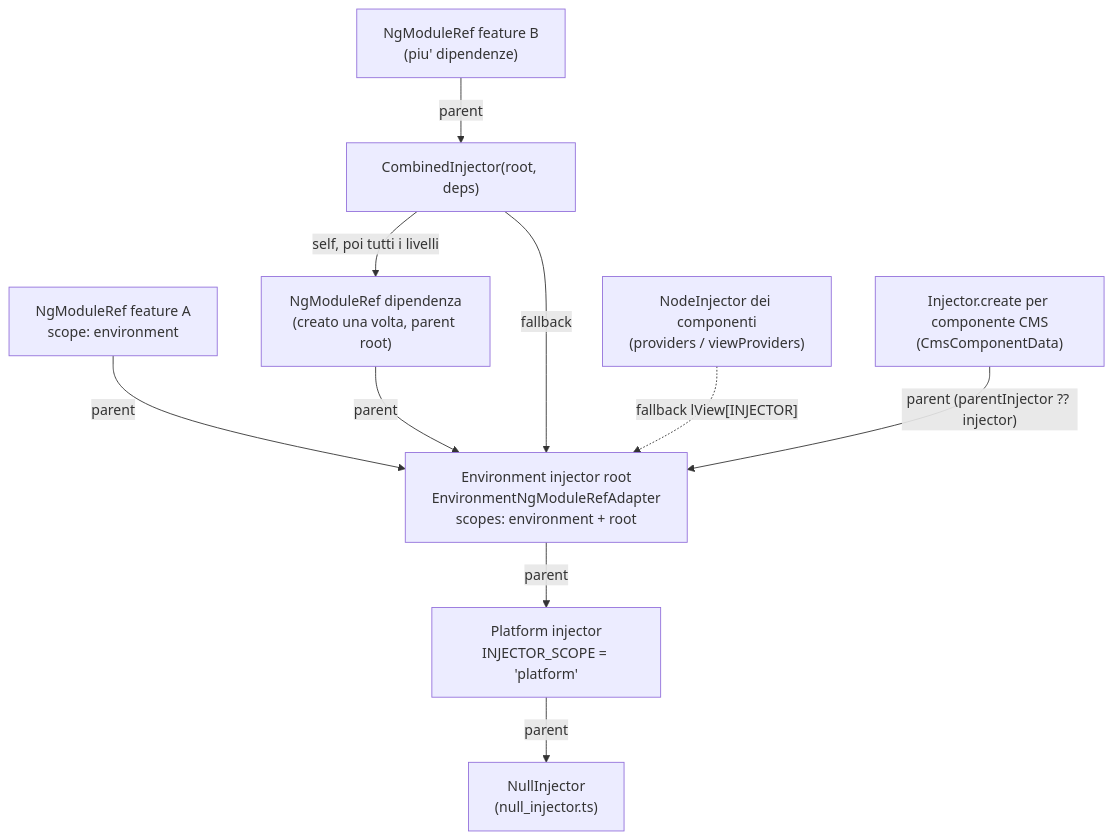
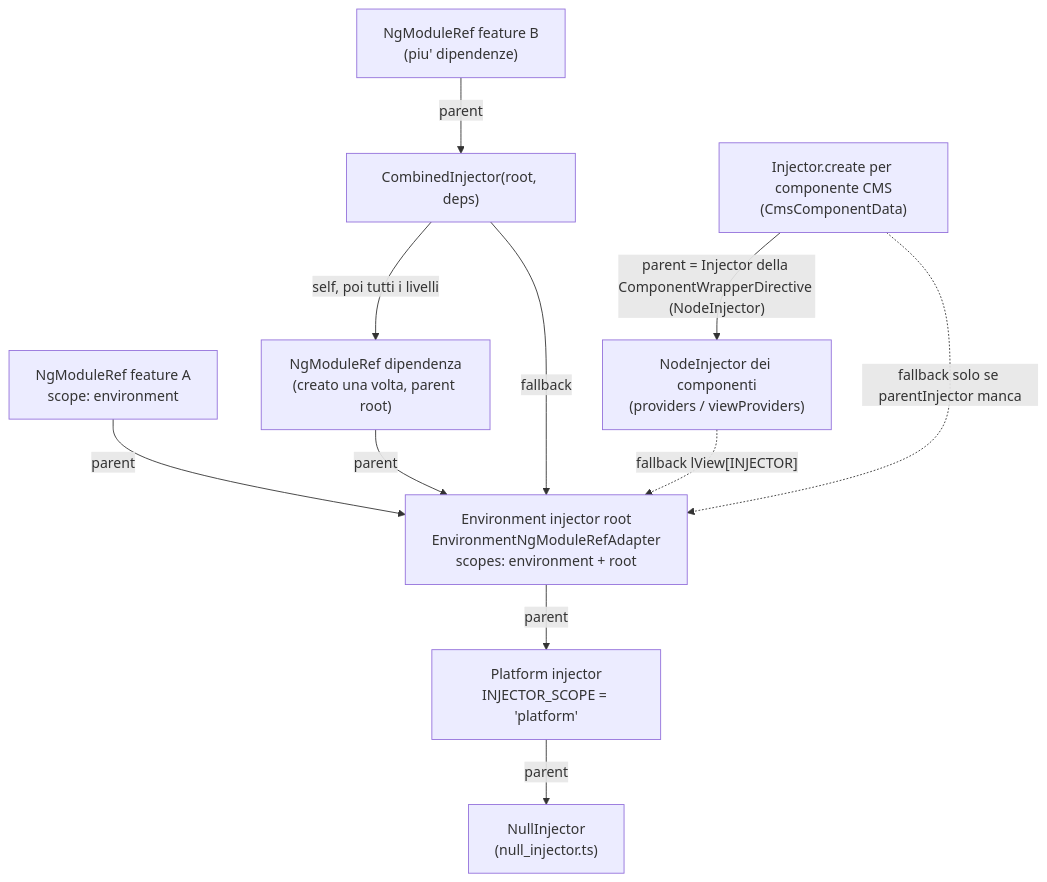
One commit to mgiuditta/spartacus changed the first of 4 diagrams in docs/spartacus-book/parte-1/01-dependency-injection.md. Above: the diagram before and after it, drawn with Mermaid. The commit also changed other lines of this file and 4 other files, not shown here.

````diff
--- a/docs/spartacus-book/parte-1/01-dependency-injection.md
+++ b/docs/spartacus-book/parte-1/01-dependency-injection.md
@@ -221,22 +221,23 @@
 ```mermaid
 flowchart TB
   NULL["NullInjector<br/>(null_injector.ts)"]
   PLAT["Platform injector<br/>INJECTOR_SCOPE = 'platform'"]
   ROOT["Environment injector root<br/>EnvironmentNgModuleRefAdapter<br/>scopes: environment + root"]
   LAZYA["NgModuleRef feature A<br/>scope: environment"]
   DEP["NgModuleRef dipendenza<br/>(creato una volta, parent root)"]
   COMB["CombinedInjector(root, deps)"]
   LAZYB["NgModuleRef feature B<br/>(piu' dipendenze)"]
   NODE["NodeInjector dei componenti<br/>(providers / viewProviders)"]
   CMS["Injector.create per componente CMS<br/>(CmsComponentData)"]
 
   PLAT -->|parent| NULL
   ROOT -->|parent| PLAT
   LAZYA -->|parent| ROOT
   DEP -->|parent| ROOT
   LAZYB -->|parent| COMB
   COMB -->|"self, poi tutti i livelli"| DEP
   COMB -->|fallback| ROOT
   NODE -.->|"fallback lView[INJECTOR]"| ROOT
-  CMS -->|"parent (parentInjector ?? injector)"| ROOT
+  CMS -->|"parent = Injector della ComponentWrapperDirective (NodeInjector)"| NODE
+  CMS -.->|"fallback solo se parentInjector manca"| ROOT
 ```
````
